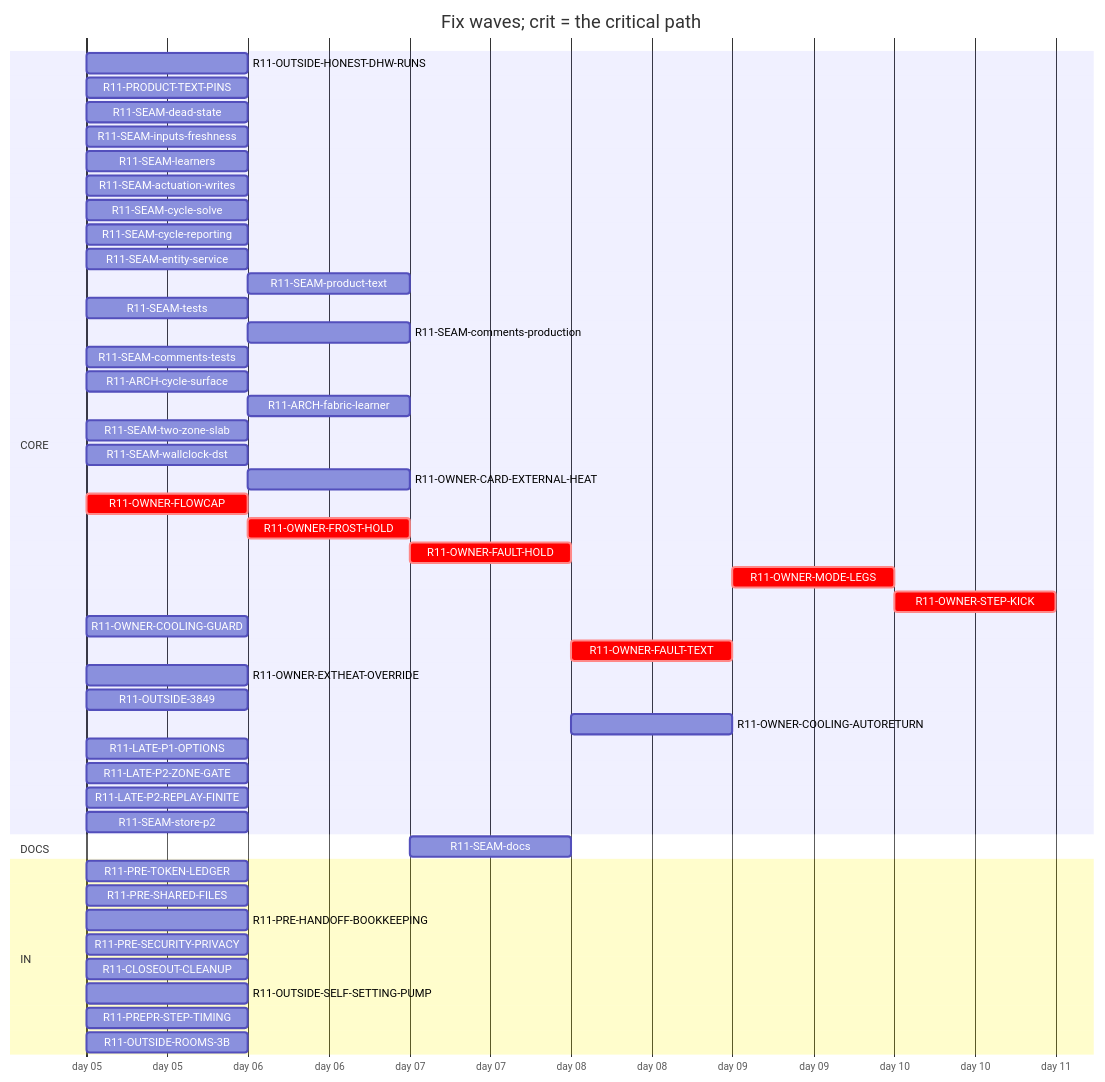
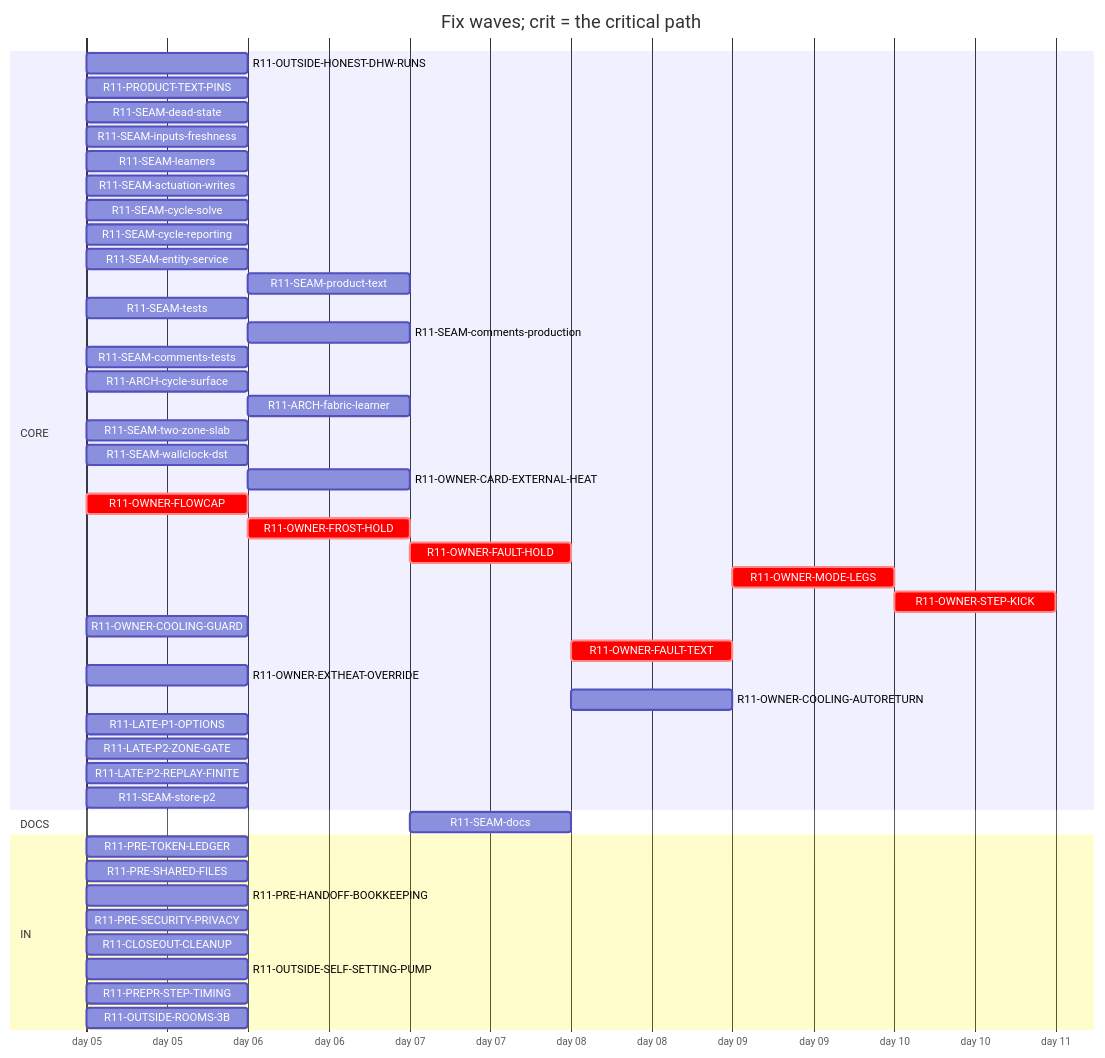
The diagram in handoff/round11/state/PLAN-TABLE.md (tvofi/heatpump_optimizer), drawn with Mermaid before and after one commit. The commit also changed other lines of this file and 4 other files, not shown here.

Commit message:
state: FLOW-BOARD.md, NEXT-SESSION-PROMPT.md, PLAN-TABLE.md, PLAN.html, RESUME-CURRENT.md regenerated (state_docs.py)

````diff
--- a/handoff/round11/state/PLAN-TABLE.md
+++ b/handoff/round11/state/PLAN-TABLE.md
@@ -16,50 +16,49 @@
 ```mermaid
 gantt
   title Fix waves; crit = the critical path
   dateFormat YYYY-MM-DD
   axisFormat day %d
   section CORE
     R11-OUTSIDE-HONEST-DHW-RUNS :r11OUTSIDEHONESTDHWRUNS, 2026-01-05, 1d
     R11-PRODUCT-TEXT-PINS :r11PRODUCTTEXTPINS, 2026-01-05, 1d
     R11-SEAM-dead-state :r11SEAMdeadstate, 2026-01-05, 1d
     R11-SEAM-inputs-freshness :r11SEAMinputsfreshness, 2026-01-05, 1d
     R11-SEAM-learners :r11SEAMlearners, 2026-01-05, 1d
     R11-SEAM-actuation-writes :r11SEAMactuationwrites, 2026-01-05, 1d
     R11-SEAM-cycle-solve :r11SEAMcyclesolve, 2026-01-05, 1d
     R11-SEAM-cycle-reporting :r11SEAMcyclereporting, 2026-01-05, 1d
     R11-SEAM-entity-service :r11SEAMentityservice, 2026-01-05, 1d
     R11-SEAM-product-text :r11SEAMproducttext, after r11SEAMactuationwrites r11SEAMentityservice r11SEAMinputsfreshness r11SEAMcyclesolve r11SEAMcyclereporting, 1d
     R11-SEAM-tests :r11SEAMtests, 2026-01-05, 1d
     R11-SEAM-comments-production :r11SEAMcommentsproduction, after r11SEAMactuationwrites r11SEAMentityservice r11SEAMinputsfreshness r11SEAMcyclesolve r11SEAMcyclereporting, 1d
     R11-SEAM-comments-tests :r11SEAMcommentstests, 2026-01-05, 1d
     R11-ARCH-cycle-surface :r11ARCHcyclesurface, 2026-01-05, 1d
     R11-ARCH-fabric-learner :r11ARCHfabriclearner, after r11SEAMlearners, 1d
     R11-SEAM-two-zone-slab :r11SEAMtwozoneslab, 2026-01-05, 1d
     R11-SEAM-wallclock-dst :r11SEAMwallclockdst, 2026-01-05, 1d
     R11-OWNER-CARD-EXTERNAL-HEAT :r11OWNERCARDEXTERNALHEAT, after r11OWNEREXTHEATOVERRIDE, 1d
     R11-OWNER-FLOWCAP :crit, r11OWNERFLOWCAP, 2026-01-05, 1d
     R11-OWNER-FROST-HOLD :crit, r11OWNERFROSTHOLD, after r11OWNERFLOWCAP, 1d
     R11-OWNER-FAULT-HOLD :crit, r11OWNERFAULTHOLD, after r11OWNERFROSTHOLD, 1d
     R11-OWNER-MODE-LEGS :crit, r11OWNERMODELEGS, after r11OWNERFAULTTEXT, 1d
     R11-OWNER-STEP-KICK :crit, r11OWNERSTEPKICK, after r11OWNERMODELEGS, 1d
     R11-OWNER-COOLING-GUARD :r11OWNERCOOLINGGUARD, 2026-01-05, 1d
     R11-OWNER-FAULT-TEXT :crit, r11OWNERFAULTTEXT, after r11OWNERFAULTHOLD, 1d
     R11-OWNER-EXTHEAT-OVERRIDE :r11OWNEREXTHEATOVERRIDE, 2026-01-05, 1d
-    R11-OUTSIDE-3849 :r11OUTSIDE3849, 2026-01-05, 1d
     R11-OWNER-COOLING-AUTORETURN :r11OWNERCOOLINGAUTORETURN, after r11OWNERCOOLINGGUARD r11OWNERFAULTHOLD, 1d
     R11-LATE-P1-OPTIONS :r11LATEP1OPTIONS, 2026-01-05, 1d
     R11-LATE-P2-ZONE-GATE :r11LATEP2ZONEGATE, 2026-01-05, 1d
     R11-LATE-P2-REPLAY-FINITE :r11LATEP2REPLAYFINITE, 2026-01-05, 1d
     R11-SEAM-store-p2 :r11SEAMstorep2, 2026-01-05, 1d
   section DOCS
     R11-SEAM-docs :r11SEAMdocs, after r11SEAMlearners r11SEAMactuationwrites r11SEAMentityservice r11SEAMinputsfreshness r11SEAMcyclesolve r11SEAMcyclereporting r11SEAMproducttext, 1d
   section IN
     R11-PRE-TOKEN-LEDGER :r11PRETOKENLEDGER, 2026-01-05, 1d
     R11-PRE-SHARED-FILES :r11PRESHAREDFILES, 2026-01-05, 1d
     R11-PRE-HANDOFF-BOOKKEEPING :r11PREHANDOFFBOOKKEEPING, 2026-01-05, 1d
     R11-PRE-SECURITY-PRIVACY :r11PRESECURITYPRIVACY, 2026-01-05, 1d
     R11-CLOSEOUT-CLEANUP :r11CLOSEOUTCLEANUP, 2026-01-05, 1d
     R11-OUTSIDE-SELF-SETTING-PUMP :r11OUTSIDESELFSETTINGPUMP, 2026-01-05, 1d
     R11-PREPR-STEP-TIMING :r11PREPRSTEPTIMING, 2026-01-05, 1d
     R11-OUTSIDE-ROOMS-3B :r11OUTSIDEROOMS3B, 2026-01-05, 1d
 ```
````
